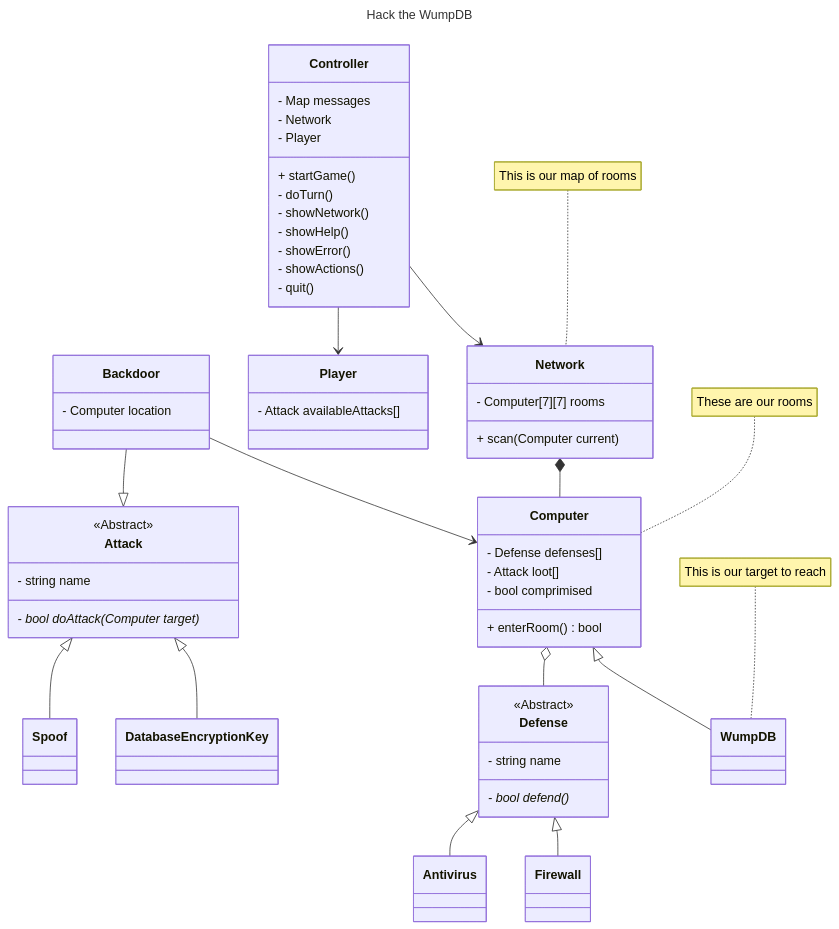
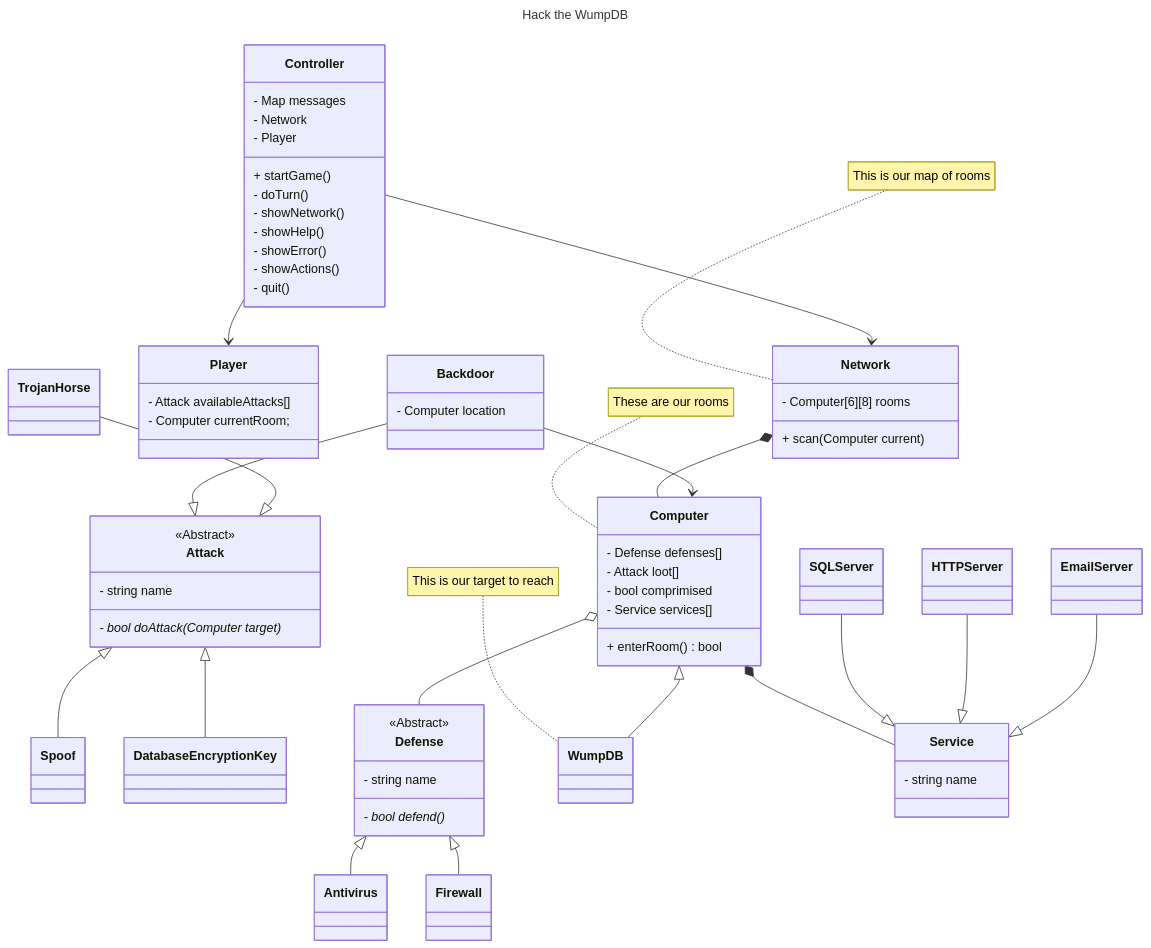
One commit to xDazld/CSC-2210--SPA-4--Wumpus-Hunt changed the diagram in README.md. Above: the diagram before and after it, drawn with Mermaid. The commit also changed other lines of this file, not shown here.

````diff
--- a/README.md
+++ b/README.md
@@ -44,62 +75,72 @@
 ```mermaid
 ---
 title: Hack the WumpDB
 ---
 classDiagram
     Attack <|-- Spoof
 %% Encryption key used to compromise the WumpDB
     Attack <|-- DatabaseEncryptionKey
     Defense <|-- Antivirus
     Defense <|-- Firewall
     class Network {
-        - Computer[7][7] rooms
+        - Computer[6][8] rooms
         + scan(Computer current)
     }
     note for Network "This is our map of rooms"
     class Computer {
         - Defense defenses[]
         - Attack loot[]
         - bool comprimised
         + enterRoom() bool
+        - Service services[]
     }
     note for Computer "These are our rooms"
     Network *-- Computer
     Computer <|-- WumpDB
     note for WumpDB "This is our target to reach"
     Computer o-- Defense
     class Player {
         - Attack availableAttacks[]
+        - Computer currentRoom;
     }
 
     class Defense {
         - string name
         - bool defend() *
     }
 %% Non-domain class for controlling game state
     class Controller {
     %% String to print for various outputs.
         - Map<string> messages
         - Network
         - Player
         + startGame()
         - doTurn()
         - showNetwork()
         - showHelp()
         - showError()
         - showActions()
         - quit()
     }
     Controller --> Network
     Controller --> Player
     class Attack {
         - string name
         - bool doAttack(Computer target) *
     }
     <<Abstract>> Attack
     <<Abstract>> Defense
     Backdoor --|> Attack
     class Backdoor {
         - Computer location
     }
     Backdoor --> Computer
+    TrojanHorse --|> Attack
+    class Service {
+        - string name
+    }
+    Computer *-- Service
+    SQLServer --|> Service
+    HTTPServer --|> Service
+    EmailServer --|> Service
 ```
````
